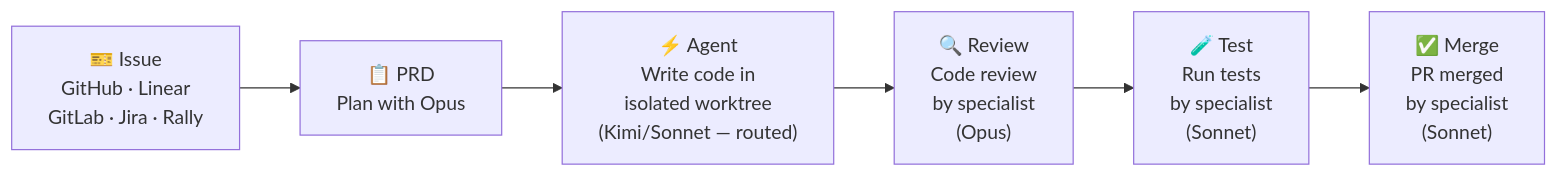
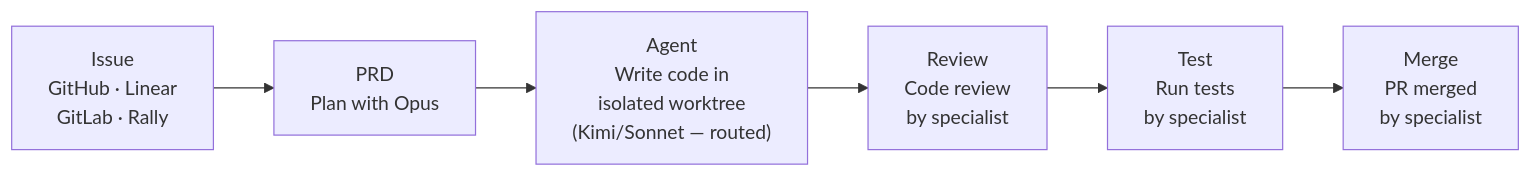
Before and after one commit to eltmon/overdeck: the diagram in introduction.mdx, drawn with Mermaid. The commit also changed other lines of this file and 12 other files, not shown here.

````diff
--- a/introduction.mdx
+++ b/introduction.mdx
@@ -25,11 +29,11 @@
 ```mermaid
 flowchart LR
-    Issue["🎫 Issue\nGitHub · Linear\nGitLab · Jira · Rally"]
-    PRD["📋 PRD\nPlan with Opus"]
-    Agent["⚡ Agent\nWrite code in\nisolated worktree\n(Kimi/Sonnet — routed)"]
-    Review["🔍 Review\nCode review\nby specialist\n(Opus)"]
-    Test["🧪 Test\nRun tests\nby specialist\n(Sonnet)"]
-    Merge["✅ Merge\nPR merged\nby specialist\n(Sonnet)"]
+    Issue["Issue\nGitHub · Linear\nGitLab · Rally"]
+    PRD["PRD\nPlan with Opus"]
+    Agent["Agent\nWrite code in\nisolated worktree\n(Kimi/Sonnet — routed)"]
+    Review["Review\nCode review\nby specialist"]
+    Test["Test\nRun tests\nby specialist"]
+    Merge["Merge\nPR merged\nby specialist"]
 
     Issue --> PRD --> Agent --> Review --> Test --> Merge
 ```
````
